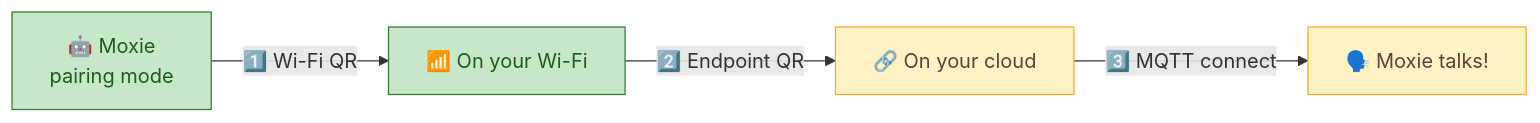
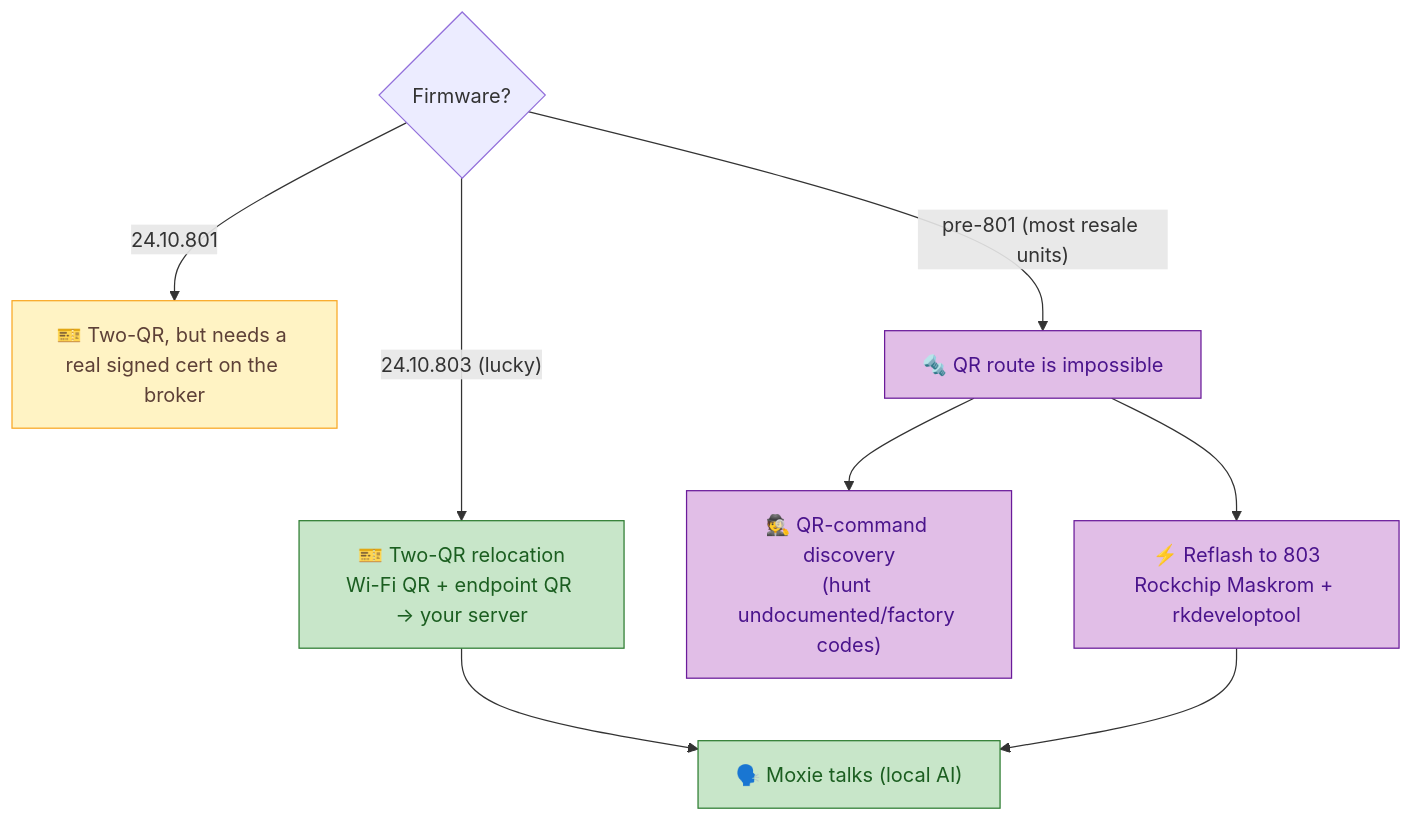
One commit to mvalancy/moxie-robot-saver changed the third of 4 diagrams in README.md. Above: the diagram before and after it, drawn with Mermaid. The commit also changed other lines of this file and 1 other file, not shown here.

First line of the commit message:
README: honest revival paths (pre-801 reality) + overnight QR-discovery runner

````diff
--- a/README.md
+++ b/README.md
@@ -70,10 +76,15 @@
 ```mermaid
-flowchart LR
-    A["🤖 Moxie<br/>pairing mode"] -->|"1️⃣ Wi-Fi QR"| B["📶 On your Wi-Fi"]
-    B -->|"2️⃣ Endpoint QR"| C["🔗 On your cloud"]
-    C -->|"3️⃣ MQTT connect"| D["🗣️ Moxie talks!"]
-    classDef done fill:#c8e6c9,stroke:#2e7d32,color:#1b5e20;
-    classDef wip fill:#fff3c4,stroke:#f9a825,color:#5d4037;
-    class A,B done;
-    class C,D wip;
+flowchart TD
+    fw{"Firmware?"}
+    fw -->|"24.10.803 (lucky)"| qr["🎫 Two-QR relocation<br/>Wi-Fi QR + endpoint QR → your server"]
+    fw -->|"24.10.801"| qrs["🎫 Two-QR, but needs a real signed cert on the broker"]
+    fw -->|"pre-801 (most resale units)"| hard["🔩 QR route is impossible"]
+    hard --> hack["🕵️ QR-command discovery<br/>(hunt undocumented/factory codes)"]
+    hard --> flash["⚡ Reflash to 803<br/>Rockchip Maskrom + rkdeveloptool"]
+    qr --> talk["🗣️ Moxie talks (local AI)"]
+    flash --> talk
+    classDef ok fill:#c8e6c9,stroke:#2e7d32,color:#1b5e20;
+    classDef warn fill:#fff3c4,stroke:#f9a825,color:#5d4037;
+    classDef res fill:#e1bee7,stroke:#6a1b9a,color:#4a148c;
+    class qr,talk ok; class qrs warn; class hard,hack,flash res;
 ```
````
